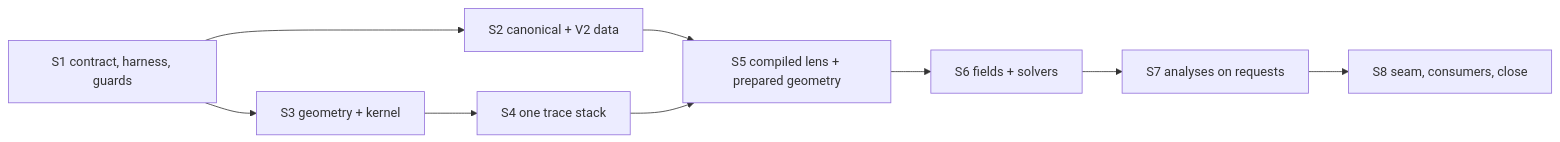
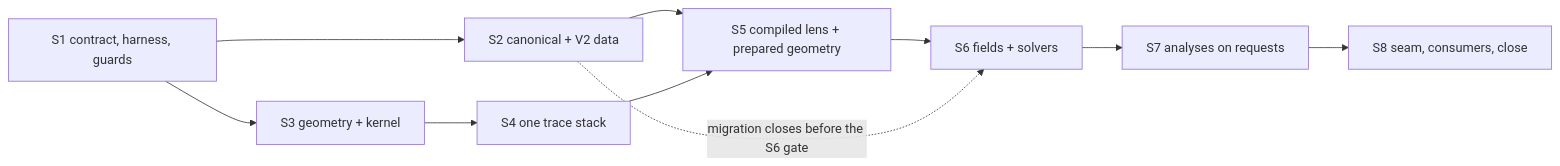
One commit to BeamFour/LensVisualizer changed the second of 2 diagrams in OPTICS_ENGINE_REWRITE_SPEC.md. Above: the diagram before and after it, drawn with Mermaid. The commit also changed other lines of this file and 1 other file, not shown here.

First line of the commit message:
Plan: close the gaps a review found in the anchor move, the page-date rule and the Stage 2 gate

````diff
--- a/OPTICS_ENGINE_REWRITE_SPEC.md
+++ b/OPTICS_ENGINE_REWRITE_SPEC.md
@@ -899,11 +911,12 @@
 ```mermaid
 flowchart LR
   S1[S1 contract, harness, guards] --> S2[S2 canonical + V2 data]
   S1 --> S3[S3 geometry + kernel]
   S3 --> S4[S4 one trace stack]
   S2 --> S5[S5 compiled lens + prepared geometry]
   S4 --> S5
   S5 --> S6[S6 fields + solvers]
+  S2 -. migration closes before the S6 gate .-> S6
   S6 --> S7[S7 analyses on requests]
   S7 --> S8[S8 seam, consumers, close]
 ```
````
